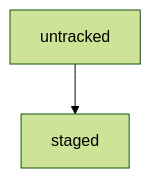
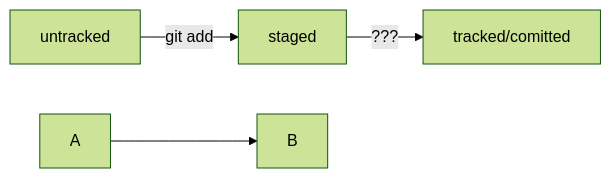
The diagram in GitHelper/README.md (desperproxxX/GitHelper), drawn with Mermaid (forest theme) before and after one commit.

Commit message:
Рисуем схема статусов

````diff
--- a/GitHelper/README.md
+++ b/GitHelper/README.md
@@ -169,4 +169,8 @@
 ```mermaid
-  graph TD;
-      untracked-->staged;
+graph LR;
+  untracked -- "git add" --> staged;
+  staged    -- "???"     --> tracked/comitted;
+
+%% стрелка без текста для примера: 
+  A --> B;
 ```
````
